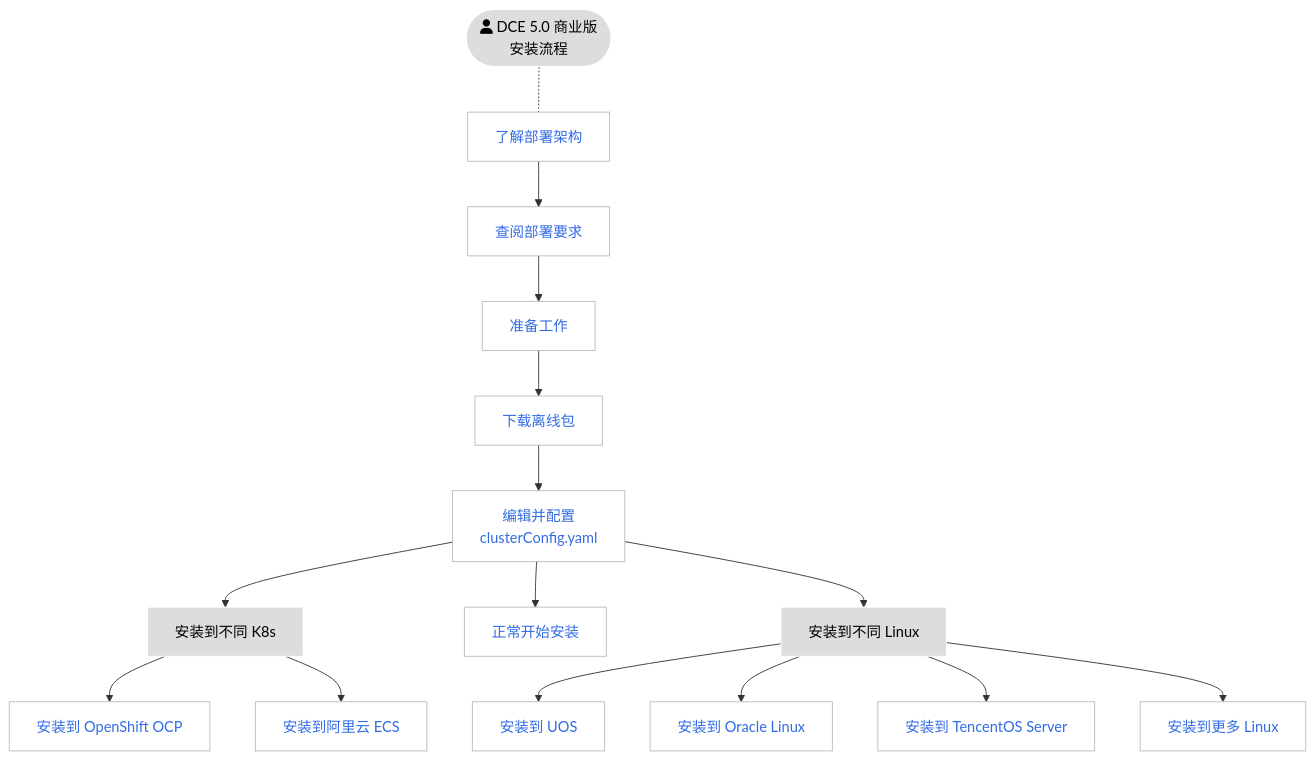
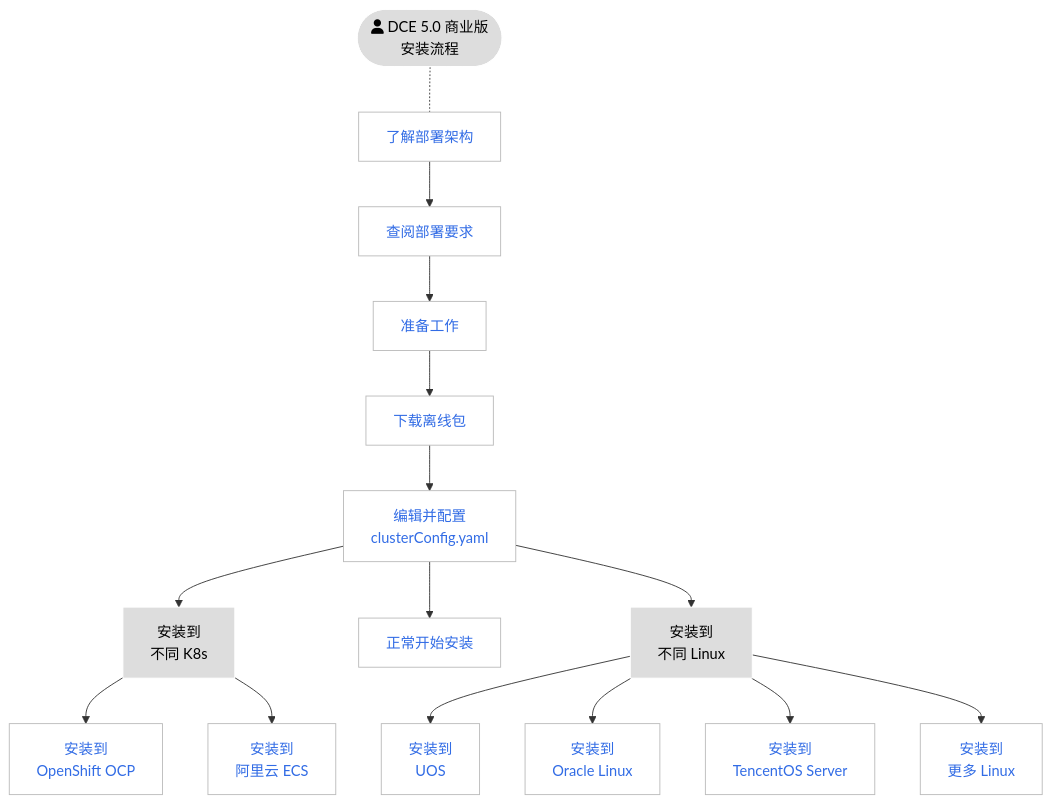
Before and after one commit to DaoCloud/DaoCloud-docs: the second of 2 diagrams in docs/zh/docs/install/index.md, drawn with Mermaid. The commit also changed other lines of this file and 1 other file, not shown here.

Commit message:
[en] update install index mermaid

````diff
--- a/docs/zh/docs/install/index.md
+++ b/docs/zh/docs/install/index.md
@@ -116,45 +115,45 @@
 ```mermaid
 flowchart TB
 
     start([fa:fa-user DCE 5.0 商业版<br>安装流程]) -.- arch[了解部署架构]
     arch --> deploy[查阅部署要求]
     deploy --> prepare[准备工作]
     prepare --> download[下载离线包]
     download --> config[编辑并配置<br>clusterConfig.yaml]
     
-    config --> other-k8s[安装到不同 K8s]
+    config --> other-k8s[安装到<br>不同 K8s]
     config --> install[正常开始安装]
-    config --> other-os[安装到不同 Linux]
+    config --> other-os[安装到<br>不同 Linux]
 
-    other-k8s --> ocp[安装到 OpenShift OCP]
-    other-k8s --> ali[安装到阿里云 ECS]
+    other-k8s --> ocp[安装到<br>OpenShift OCP]
+    other-k8s --> ali[安装到<br>阿里云 ECS]
 
-    other-os --> uos[安装到 UOS]
-    other-os --> oracle[安装到 Oracle Linux]
-    other-os --> tencent[安装到 TencentOS Server]
-    other-os --> other[安装到更多 Linux]
+    other-os --> uos[安装到<br>UOS]
+    other-os --> oracle[安装到<br>Oracle Linux]
+    other-os --> tencent[安装到<br>TencentOS Server]
+    other-os --> other[安装到<br>更多 Linux]
 
 
 classDef grey fill:#dddddd,stroke:#ffffff,stroke-width:1px,color:#000000, font-size:15px;
 classDef white fill:#ffffff,stroke:#000,stroke-width:1px,color:#000,font-weight:bold
 classDef spacewhite fill:#ffffff,stroke:#fff,stroke-width:0px,color:#000
 classDef plain fill:#ddd,stroke:#fff,stroke-width:1px,color:#000;
 classDef k8s fill:#326ce5,stroke:#fff,stroke-width:1px,color:#fff;
 classDef cluster fill:#fff,stroke:#bbb,stroke-width:1px,color:#326ce5;
 
 class arch,deploy,prepare,download,config,install,ocp,ali,uos,oracle,tencent,other cluster
 class start,other-k8s,other-os plain
 
 click arch "https://docs.daocloud.io/install/commercial/deploy-arch.html"
 click deploy "https://docs.daocloud.io/install/commercial/deploy-requirements.html"
 click prepare "https://docs.daocloud.io/install/commercial/prepare.html"
 click download "https://docs.daocloud.io/install/commercial/start-install.html#1"
 click config "https://docs.daocloud.io/install/commercial/start-install.html#2-clusterconfigyaml"
 click install "https://docs.daocloud.io/install/commercial/start-install.html#3"
 click ocp "https://docs.daocloud.io/install/k8s-install/ocp-install-dce5.0.html"
 click ali "https://docs.daocloud.io/install/k8s-install/ecs-install-dce5.0.html"
 click uos "https://docs.daocloud.io/install/os-install/uos-v20-install-dce5.0.html"
 click oracle "https://docs.daocloud.io/install/os-install/oracleLinux-install-dce5.0.html"
 click tencent "https://docs.daocloud.io/install/os-install/TencentOS-install-dce5.0.html"
 click other "https://docs.daocloud.io/install/os-install/otherlinux.html"
 ```
````
